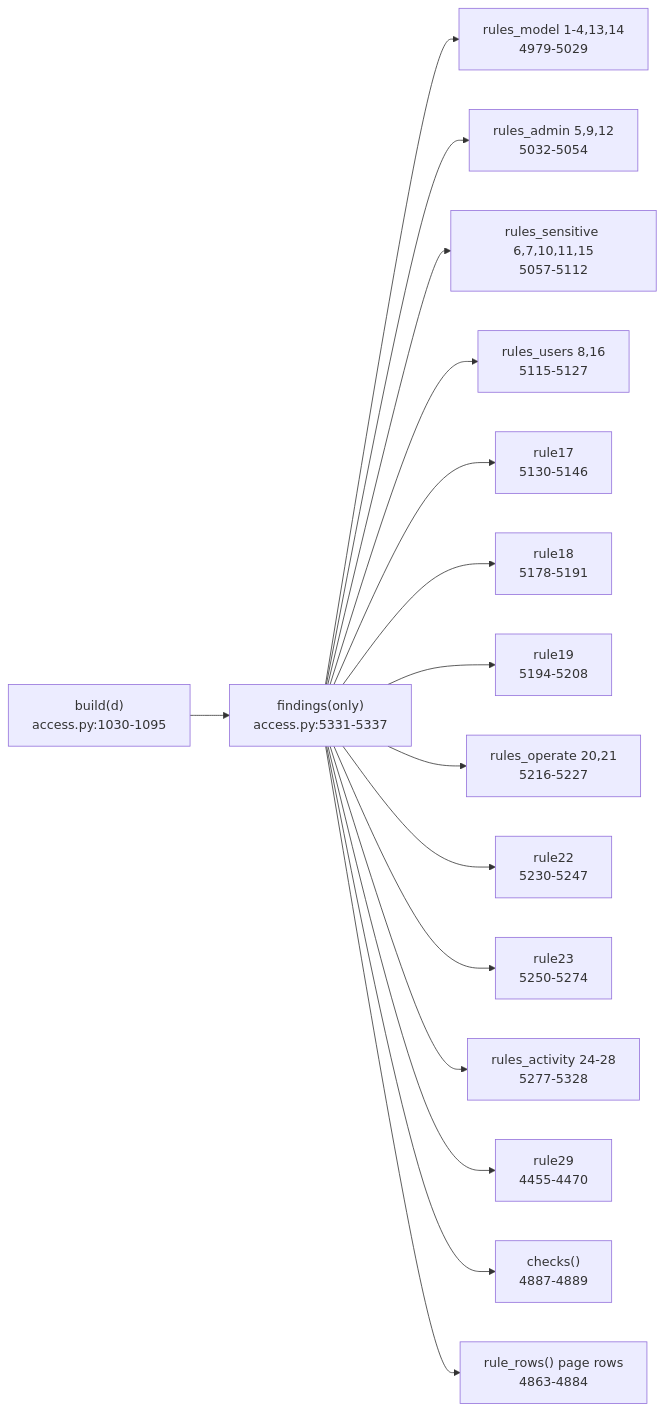
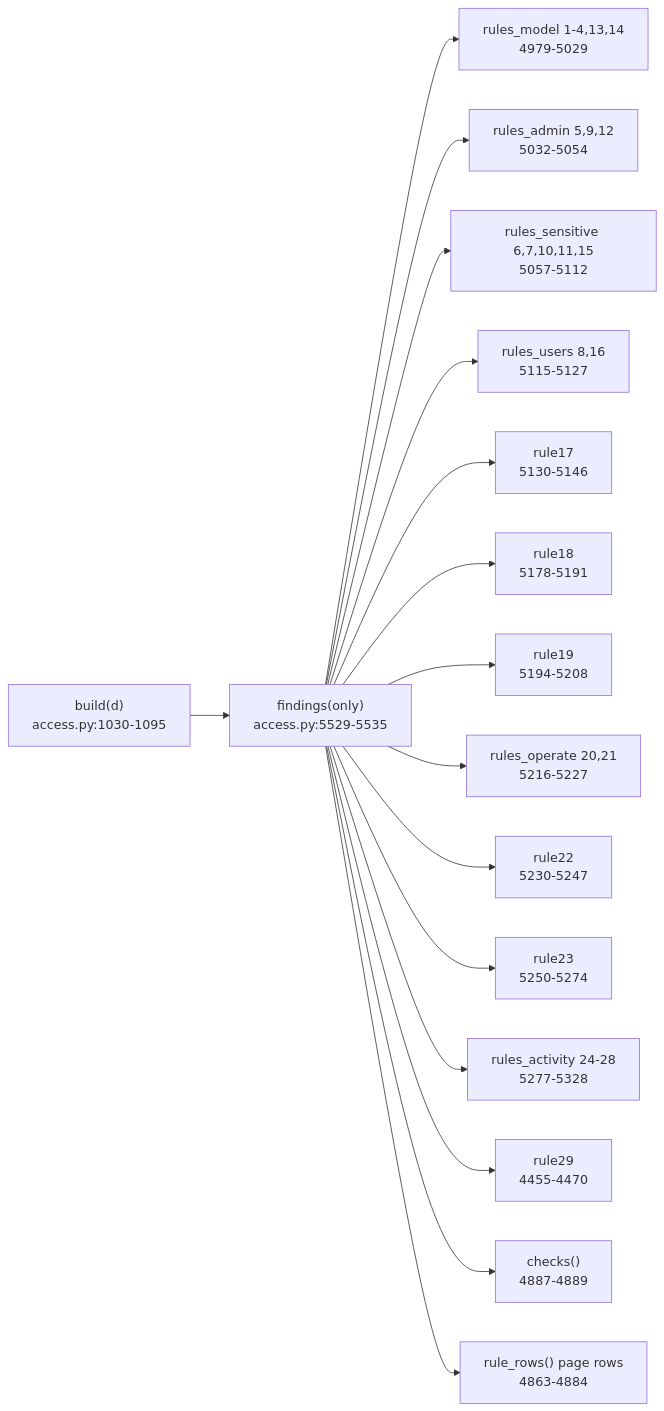
Before and after one commit to darshanmeel/snowflake-access-explorer: the diagram in snowflake-access-explorer-knowledge-graph/logic/rules.md, drawn with Mermaid. The commit also changed other lines of this file and 62 other files, not shown here.

First line of the commit message:
Docs and knowledge graph for the SQL panel; section SQL leaves the app's own queries out like the tab

````diff
--- a/snowflake-access-explorer-knowledge-graph/logic/rules.md
+++ b/snowflake-access-explorer-knowledge-graph/logic/rules.md
@@ -6,18 +6,18 @@
 ```mermaid
 flowchart LR
-  B["build(d)<br/>access.py:1030-1095"] --> F["findings(only)<br/>access.py:5331-5337"]
+  B["build(d)<br/>access.py:1030-1095"] --> F["findings(only)<br/>access.py:5529-5535"]
   F --> M["rules_model 1-4,13,14<br/>4979-5029"]
   F --> A["rules_admin 5,9,12<br/>5032-5054"]
   F --> S["rules_sensitive 6,7,10,11,15<br/>5057-5112"]
   F --> U["rules_users 8,16<br/>5115-5127"]
   F --> R17["rule17<br/>5130-5146"]
   F --> R18["rule18<br/>5178-5191"]
   F --> R19["rule19<br/>5194-5208"]
   F --> O["rules_operate 20,21<br/>5216-5227"]
   F --> R22["rule22<br/>5230-5247"]
   F --> R23["rule23<br/>5250-5274"]
   F --> RA["rules_activity 24-28<br/>5277-5328"]
   F --> R29["rule29<br/>4455-4470"]
   F --> C["checks()<br/>4887-4889"]
   F --> RR["rule_rows() page rows<br/>4863-4884"]
 ```
````
